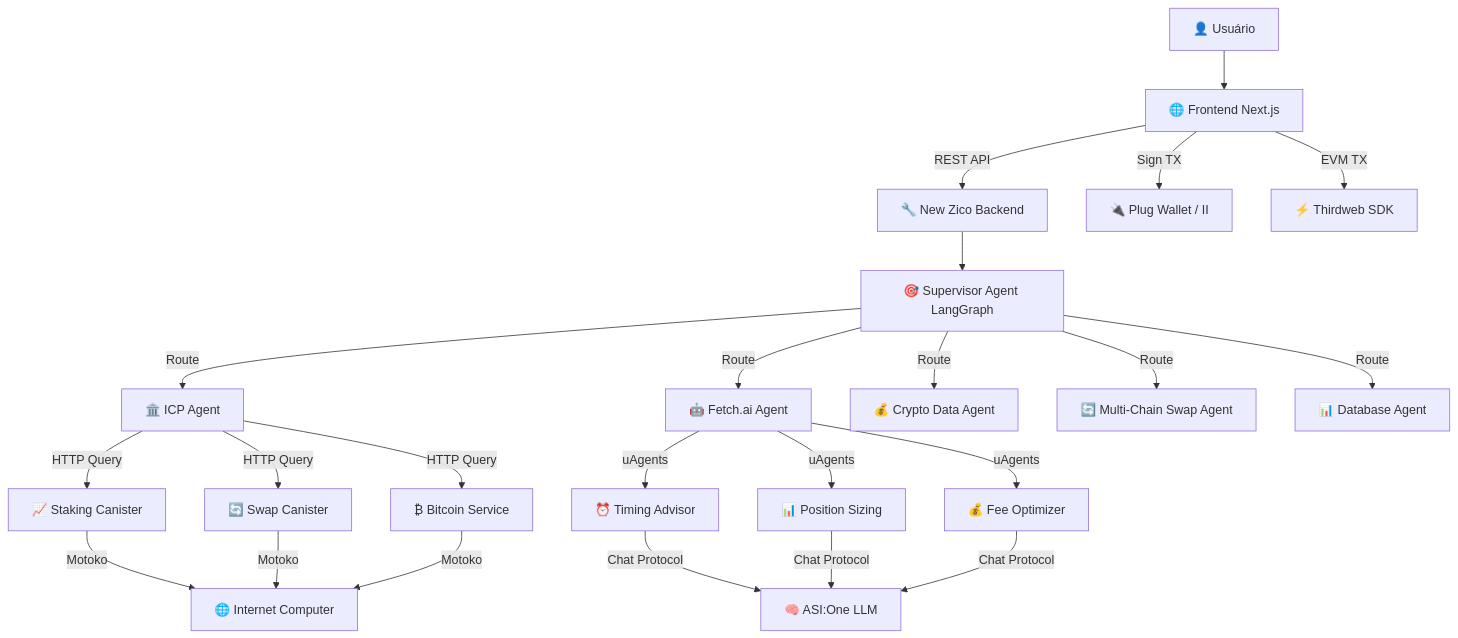
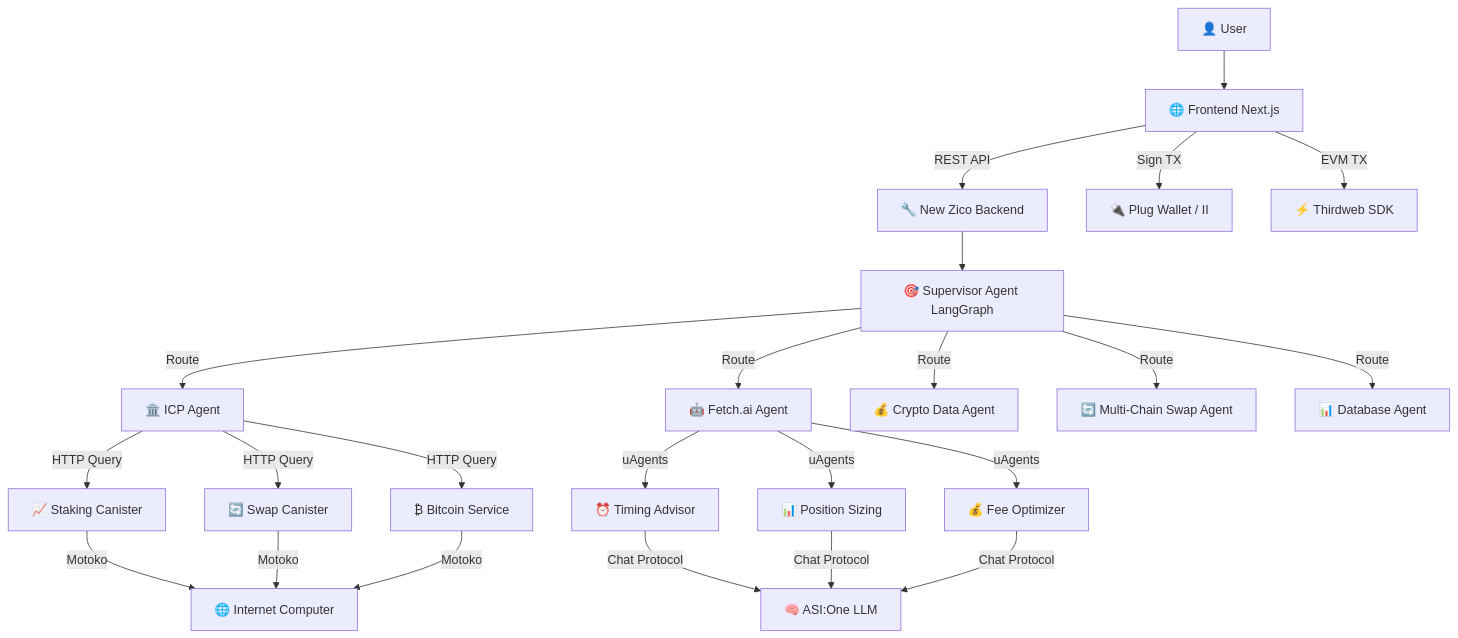
One commit to Panorama-Block/zico_agents changed the diagram in new_zico/README.md. Above: the diagram before and after it, drawn with Mermaid. The commit also changed other lines of this file and 16895 other files, not shown here.

````diff
--- a/new_zico/README.md
+++ b/new_zico/README.md
@@ -33,32 +33,32 @@
 ```mermaid
 graph TB
-    User[👤 Usuário] --> Frontend[🌐 Frontend Next.js]
+    User[👤 User] --> Frontend[🌐 Frontend Next.js]
     
     Frontend --> |REST API| Backend[🔧 New Zico Backend]
     Frontend --> |Sign TX| Plug[🔌 Plug Wallet / II]
     Frontend --> |EVM TX| Thirdweb[⚡ Thirdweb SDK]
     
     Backend --> Supervisor[🎯 Supervisor Agent LangGraph]
     
     Supervisor --> |Route| ICPAgent[🏛️ ICP Agent]
     Supervisor --> |Route| FetchAgent[🤖 Fetch.ai Agent]
     Supervisor --> |Route| CryptoAgent[💰 Crypto Data Agent]
     Supervisor --> |Route| SwapAgent[🔄 Multi-Chain Swap Agent]
     Supervisor --> |Route| DatabaseAgent[📊 Database Agent]
     
     ICPAgent --> |HTTP Query| StakingCanister[📈 Staking Canister]
     ICPAgent --> |HTTP Query| SwapCanister[🔄 Swap Canister]
     ICPAgent --> |HTTP Query| BitcoinCanister[₿ Bitcoin Service]
     
     FetchAgent --> |uAgents| TimingAdvisor[⏰ Timing Advisor]
     FetchAgent --> |uAgents| SizingAdvisor[📊 Position Sizing]
     FetchAgent --> |uAgents| FeeAnalyzer[💰 Fee Optimizer]
     
     StakingCanister --> |Motoko| ICPNetwork[🌐 Internet Computer]
     SwapCanister --> |Motoko| ICPNetwork
     BitcoinCanister --> |Motoko| ICPNetwork
     
     TimingAdvisor --> |Chat Protocol| ASI1[🧠 ASI:One LLM]
     SizingAdvisor --> |Chat Protocol| ASI1
     FeeAnalyzer --> |Chat Protocol| ASI1
 ```
````
